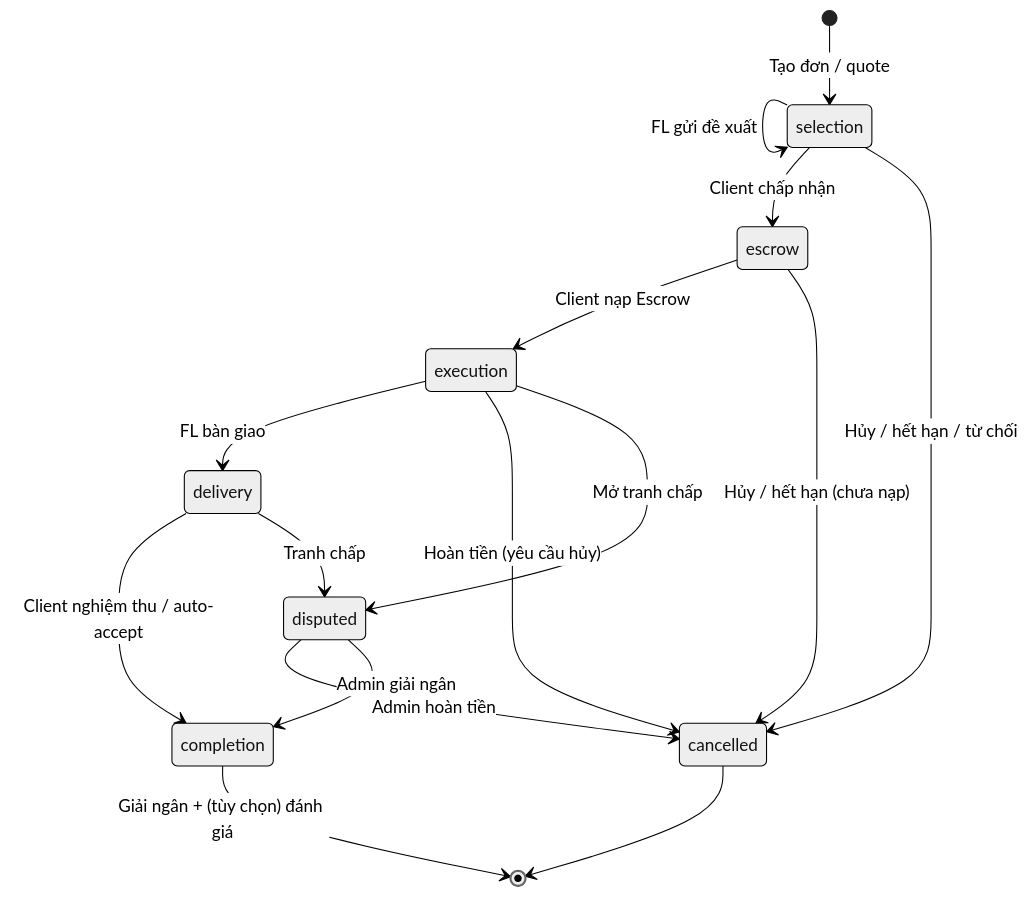
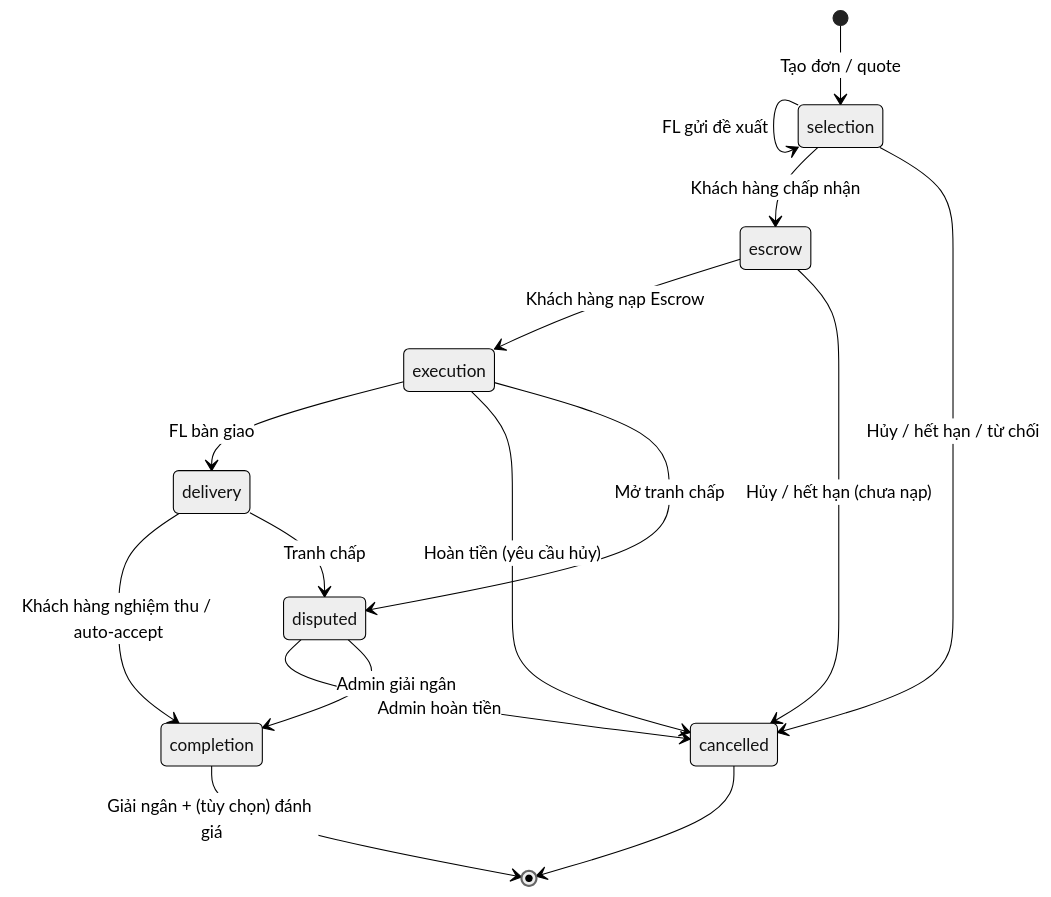
Before and after one commit to holyminhlu/tn-da22ttb-110122231-holyminhlu-platformfreelancersvinhlong: the diagram in docs/workflow-state-machine.md, drawn with Mermaid (neutral theme). The commit also changed other lines of this file and 342 other files, not shown here.

````diff
--- a/docs/workflow-state-machine.md
+++ b/docs/workflow-state-machine.md
@@ -3,18 +3,18 @@
 ```mermaid
 stateDiagram-v2
   [*] --> selection: Tạo đơn / quote
   selection --> selection: FL gửi đề xuất
-  selection --> escrow: Client chấp nhận
+  selection --> escrow: Khách hàng chấp nhận
   selection --> cancelled: Hủy / hết hạn / từ chối
-  escrow --> execution: Client nạp Escrow
+  escrow --> execution: Khách hàng nạp Escrow
   escrow --> cancelled: Hủy / hết hạn (chưa nạp)
   execution --> delivery: FL bàn giao
   execution --> cancelled: Hoàn tiền (yêu cầu hủy)
   execution --> disputed: Mở tranh chấp
-  delivery --> completion: Client nghiệm thu / auto-accept
+  delivery --> completion: Khách hàng nghiệm thu / auto-accept
   delivery --> disputed: Tranh chấp
   completion --> [*]: Giải ngân + (tùy chọn) đánh giá
   disputed --> cancelled: Admin hoàn tiền
   disputed --> completion: Admin giải ngân
   cancelled --> [*]
 ```
````
